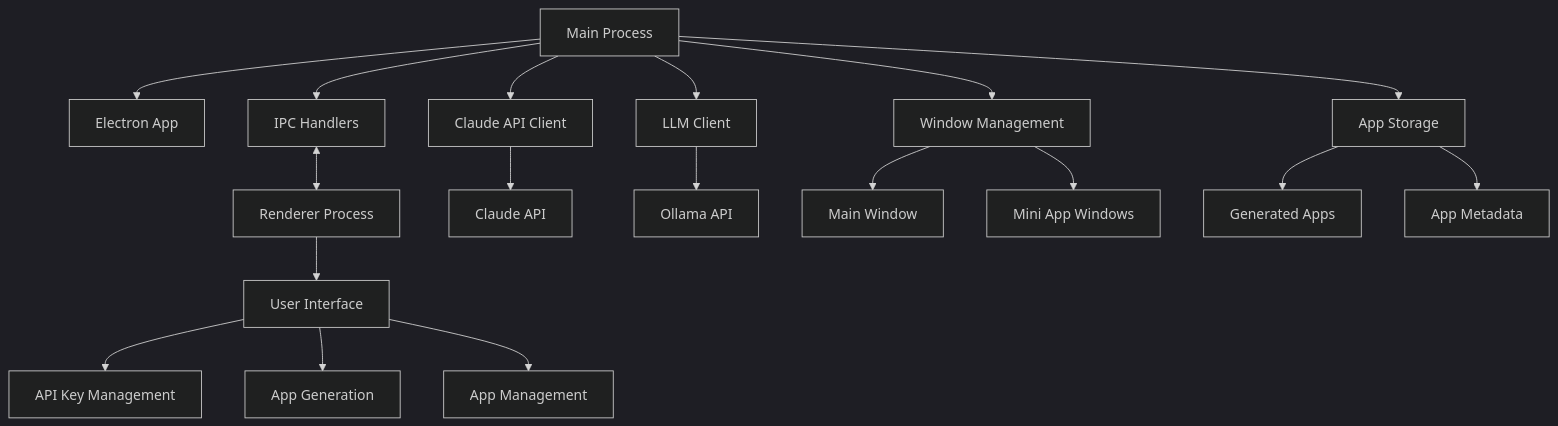
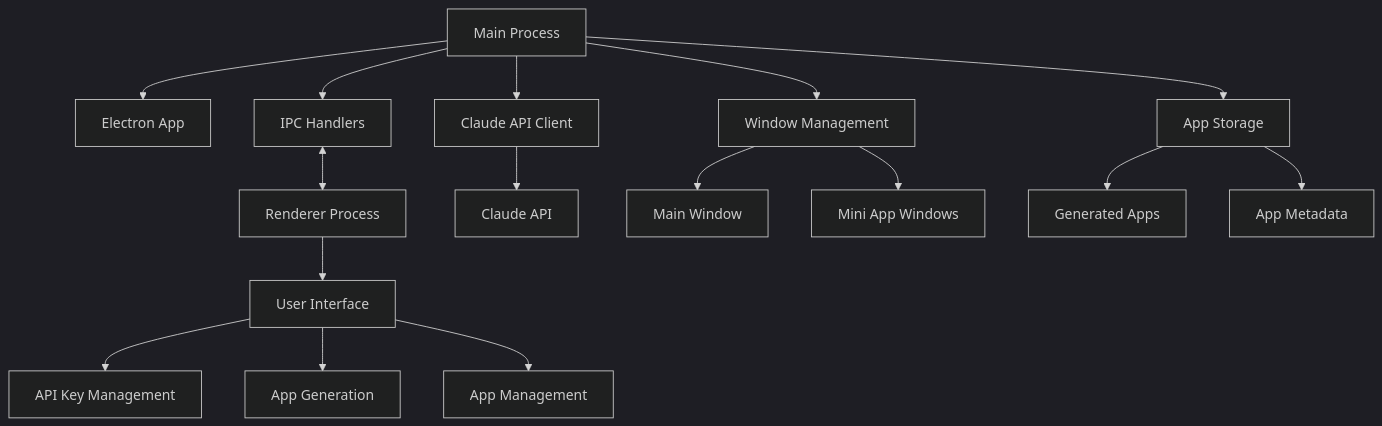
The first of 2 diagrams in context_sheets/technical_architecture.md (NerdNest-Engineering/lahat), drawn with Mermaid (dark theme) before and after one commit. The commit also changed other lines of this file and 10 other files, not shown here.

````diff
--- a/context_sheets/technical_architecture.md
+++ b/context_sheets/technical_architecture.md
@@ -7,25 +7,23 @@
 ```mermaid
 graph TD
     A[Main Process] --> B[Electron App]
     A --> C[Window Management]
     A --> D[IPC Handlers]
     A --> E[Claude API Client]
-    A --> F[LLM Client]
     A --> G[App Storage]
     
     H[Renderer Process] --> I[User Interface]
     I --> J[API Key Management]
     I --> K[App Generation]
     I --> L[App Management]
     
     D <--> H
     
     E --> M[Claude API]
-    F --> N[Ollama API]
     
     C --> O[Main Window]
     C --> P[Mini App Windows]
     
     G --> Q[Generated Apps]
     G --> R[App Metadata]
 ```
````
